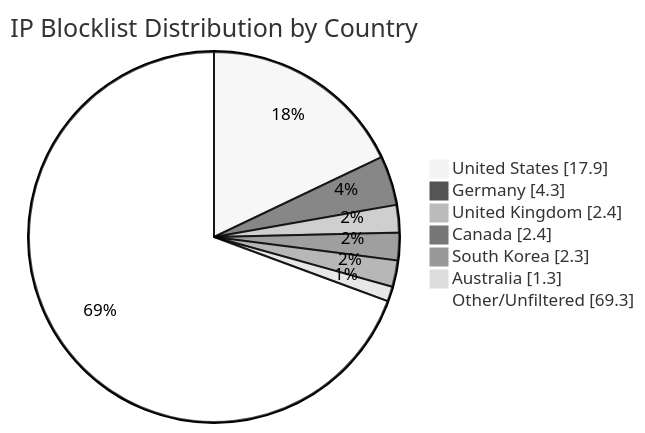
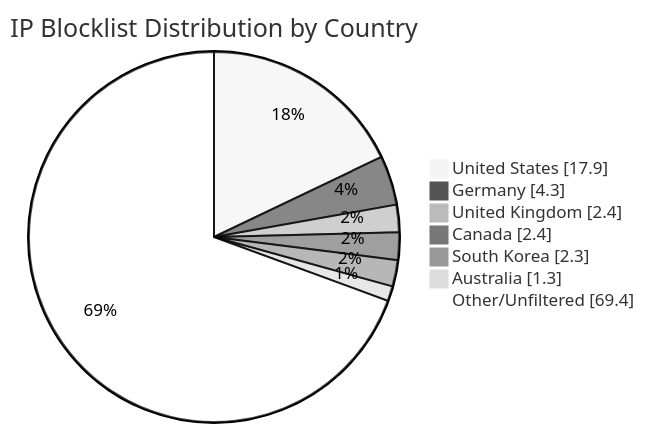
Before and after one commit to MarcusHoltz/ipblocklist-geofiltered-aggregator: the diagram in README.md, drawn with Mermaid (neutral theme). The commit also changed other lines of this file and 9 other files, not shown here.

````diff
--- a/README.md
+++ b/README.md
@@ -34,10 +34,10 @@
 ```mermaid
 pie showData title IP Blocklist Distribution by Country
 "United States" : 17.9
 "Germany" : 4.3
 "United Kingdom" : 2.4
 "Canada" : 2.4
 "South Korea" : 2.3
 "Australia" : 1.3
-"Other/Unfiltered" : 69.3
+"Other/Unfiltered" : 69.4
 ```
````
